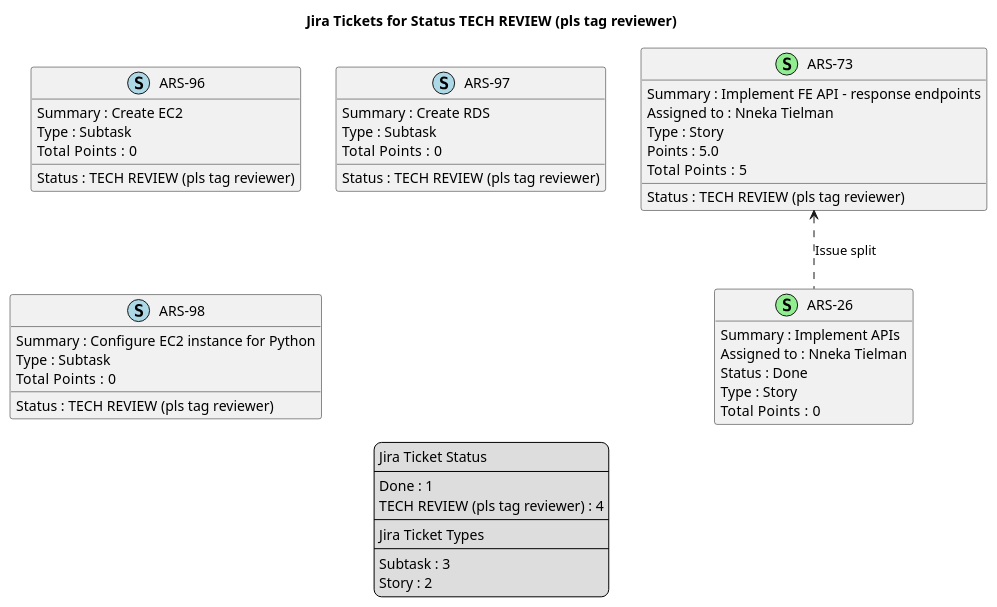
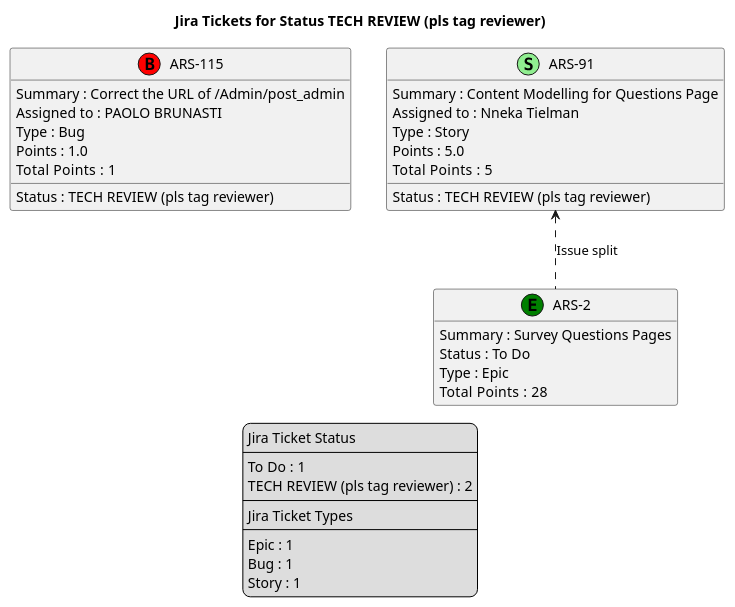
One commit to brunasti/jiraplotter changed the diagram in docs/nexus/jira-Status-TECH_REVIEW_(pls_tag_reviewer).puml. Above: the diagram before and after it, drawn with PlantUML. The commit also changed 26 other files, not shown here.

Commit message:
Regenerates Nexus diagrams

```diff
--- a/docs/nexus/jira-Status-TECH_REVIEW_(pls_tag_reviewer).puml
+++ b/docs/nexus/jira-Status-TECH_REVIEW_(pls_tag_reviewer).puml
@@ -1,68 +1,56 @@
 @startuml
 'https://plantuml.com/class-diagram
 
 ' GENERATE CLASS DIAGRAM ===========
-' Generated at    : Mon May 27 11:35:03 CEST 2024
+' Generated at    : Wed May 29 11:49:43 CEST 2024
 
 title Jira Tickets for Status TECH REVIEW (pls tag reviewer)
 hide empty members
 
 legend
 Jira Ticket Status
 ----
-Done : 1
-TECH REVIEW (pls tag reviewer) : 4
+To Do : 1
+TECH REVIEW (pls tag reviewer) : 2
 ----
 Jira Ticket Types
 ----
-Subtask : 3
-Story : 2
+Epic : 1
+Bug : 1
+Story : 1
 end legend
 
 
 ' Tickets =======
-class "ARS-73" << (S,lightgreen) >> {
- Summary : Implement FE API - response endpoints
+class "ARS-115" << (B,red) >> {
+ Summary : Correct the URL of /Admin/post_admin
+ Assigned to : PAOLO BRUNASTI
+ Status : TECH REVIEW (pls tag reviewer)
+ Type : Bug
+ Points : 1.0
+Total  Points : 1
+}
+
+class "ARS-91" << (S,lightgreen) >> {
+ Summary : Content Modelling for Questions Page
  Assigned to : Nneka Tielman
  Status : TECH REVIEW (pls tag reviewer)
  Type : Story
  Points : 5.0
 Total  Points : 5
 }
 
-class "ARS-26" << (S,lightgreen) >> {
- Summary : Implement APIs
- Assigned to : Nneka Tielman
- Status : Done
- Type : Story
-Total  Points : 0
-}
-
-class "ARS-96" << (S,lightblue) >> {
- Summary : Create EC2
- Status : TECH REVIEW (pls tag reviewer)
- Type : Subtask
-Total  Points : 0
-}
-
-class "ARS-97" << (S,lightblue) >> {
- Summary : Create RDS
- Status : TECH REVIEW (pls tag reviewer)
- Type : Subtask
-Total  Points : 0
-}
-
-class "ARS-98" << (S,lightblue) >> {
- Summary : Configure EC2 instance for Python
- Status : TECH REVIEW (pls tag reviewer)
- Type : Subtask
-Total  Points : 0
+class "ARS-2" << (E,green) >> {
+ Summary : Survey Questions Pages
+ Status : To Do
+ Type : Epic
+Total  Points : 28
 }
 
 
 
 ' Links =======
-"ARS-73" <.. "ARS-26" : Issue split
+"ARS-91" <.. "ARS-2" : Issue split
 
 
 @enduml
```
